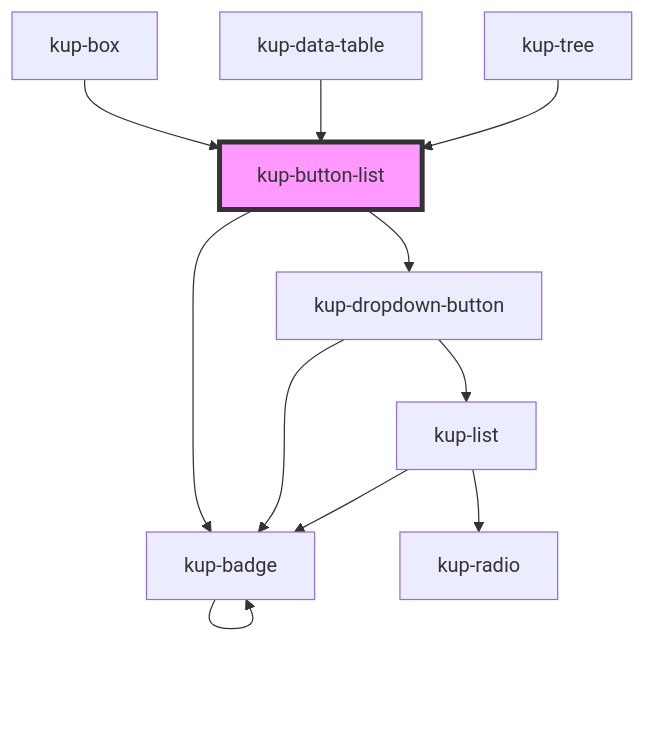
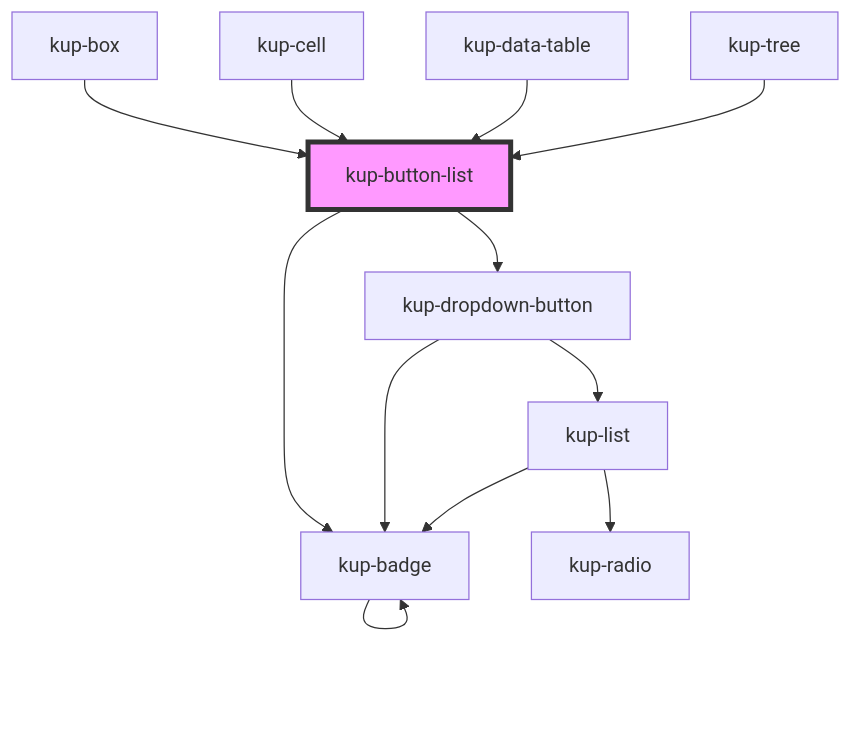
Before and after one commit to smeup/ketchup: the diagram in packages/ketchup/src/components/kup-button-list/readme.md, drawn with Mermaid. The commit also changed other lines of this file and 12 other files, not shown here.

````diff
--- a/packages/ketchup/src/components/kup-button-list/readme.md
+++ b/packages/ketchup/src/components/kup-button-list/readme.md
@@ -89,14 +90,15 @@
 ```mermaid
 graph TD;
   kup-button-list --> kup-dropdown-button
   kup-button-list --> kup-badge
   kup-dropdown-button --> kup-list
   kup-dropdown-button --> kup-badge
   kup-list --> kup-radio
   kup-list --> kup-badge
   kup-badge --> kup-badge
   kup-box --> kup-button-list
+  kup-cell --> kup-button-list
   kup-data-table --> kup-button-list
   kup-tree --> kup-button-list
   style kup-button-list fill:#f9f,stroke:#333,stroke-width:4px
 ```
````
